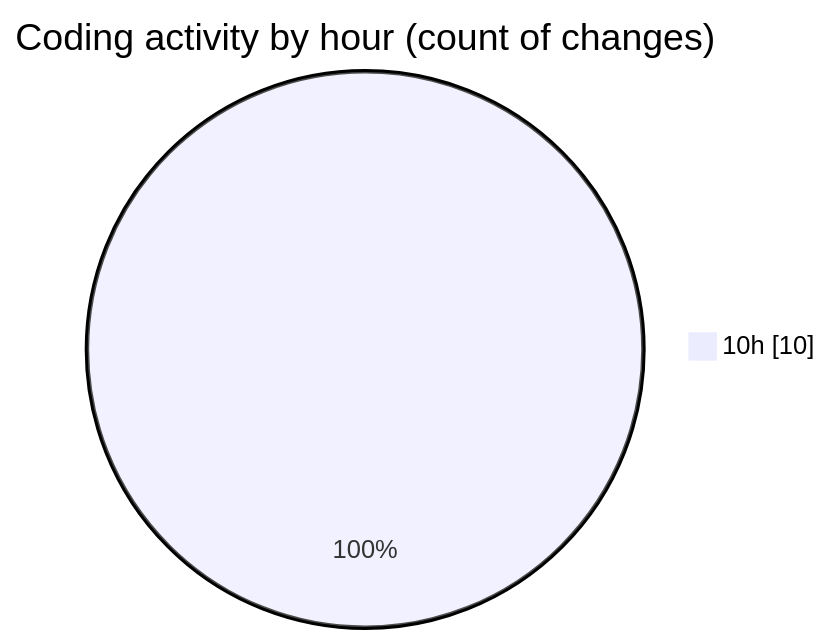
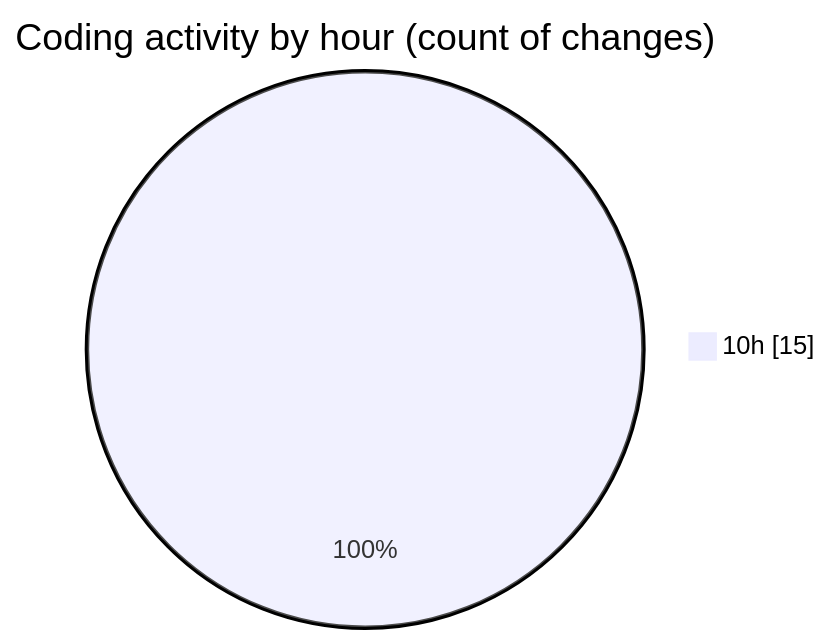
The second of 2 diagrams in 2025-01-13/nueva_carpeta/README.md (LanceThiago/code-tracking), drawn with Mermaid before and after one commit. The commit also changed other lines of this file and 1 other file, not shown here.

````diff
--- a/2025-01-13/nueva_carpeta/README.md
+++ b/2025-01-13/nueva_carpeta/README.md
@@ -28,5 +28,5 @@
 ```mermaid
 pie showData
 title Coding activity by hour (count of changes)
-"10h" : 10
+"10h" : 15
 ```
````
